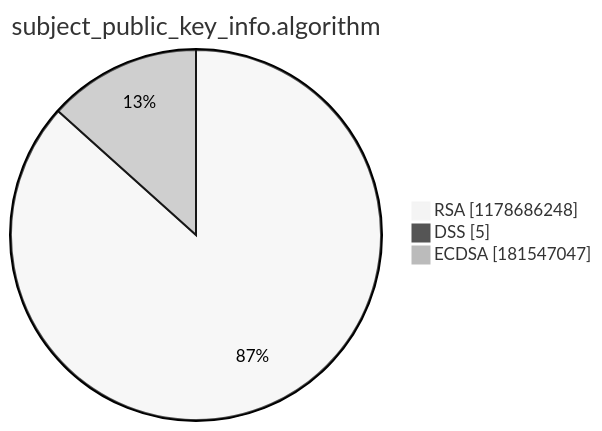
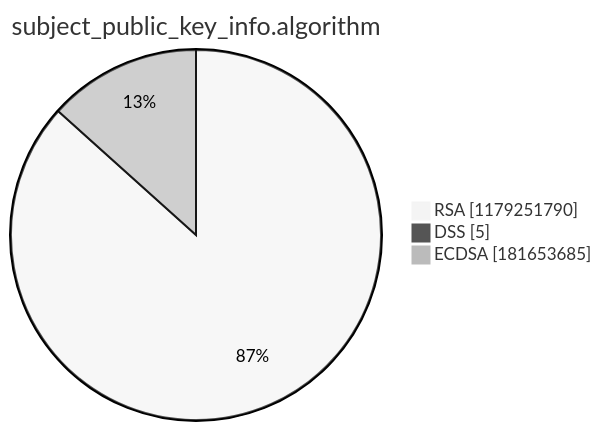
Before and after one commit to christiankrug/ctmonitor_visualization: the third of 15 diagrams in argon2022/README.md, drawn with Mermaid (neutral theme). The commit also changed other lines of this file, not shown here.

````diff
--- a/argon2022/README.md
+++ b/argon2022/README.md
@@ -14,7 +14,7 @@
 ```mermaid
 pie showData
 title subject_public_key_info.algorithm
-"RSA" :1178686248
+"RSA" :1179251790
 "DSS" :5
-"ECDSA" :181547047
+"ECDSA" :181653685
 ```
````
